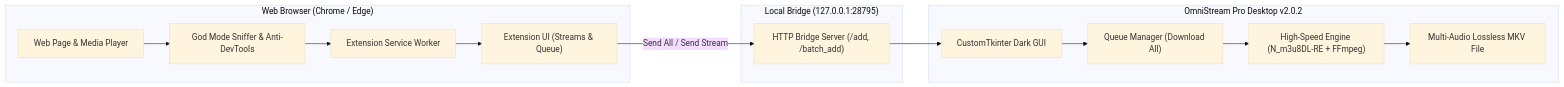
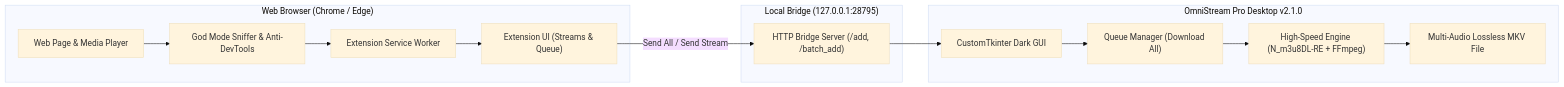
One commit to Xmon4u/OmniStream-Pro-v2 changed the diagram in README.md. Above: the diagram before and after it, drawn with Mermaid (base theme). The commit also changed other lines of this file and 7 other files, not shown here.

````diff
--- a/README.md
+++ b/README.md
@@ -53,29 +57,29 @@
 ```mermaid
 graph LR
     subgraph Browser ["Web Browser (Chrome / Edge)"]
         WebPage["Web Page & Media Player"]
         GodMode["God Mode Sniffer & Anti-DevTools"]
         ExtSW["Extension Service Worker"]
         Popup["Extension UI (Streams & Queue)"]
         WebPage --> GodMode
         GodMode --> ExtSW
         ExtSW --> Popup
     end
 
     subgraph Bridge ["Local Bridge (127.0.0.1:28795)"]
         BridgeServer["HTTP Bridge Server (/add, /batch_add)"]
     end
 
-    subgraph DesktopApp ["OmniStream Pro Desktop v2.0.2"]
+    subgraph DesktopApp ["OmniStream Pro Desktop v2.1.0"]
         GUI["CustomTkinter Dark GUI"]
         QueueMgr["Queue Manager (Download All)"]
         Engine["High-Speed Engine (N_m3u8DL-RE + FFmpeg)"]
         OutputMKV["Multi-Audio Lossless MKV File"]
         GUI --> QueueMgr
         QueueMgr --> Engine
         Engine --> OutputMKV
     end
 
     Popup -- "Send All / Send Stream" --> BridgeServer
     BridgeServer --> GUI
 ```
````
